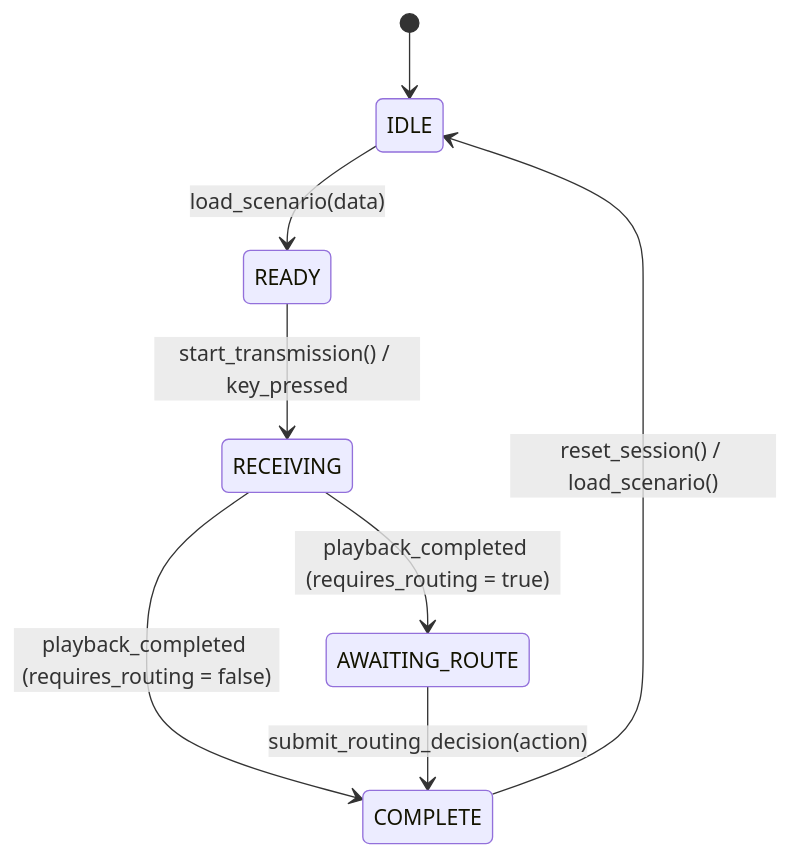
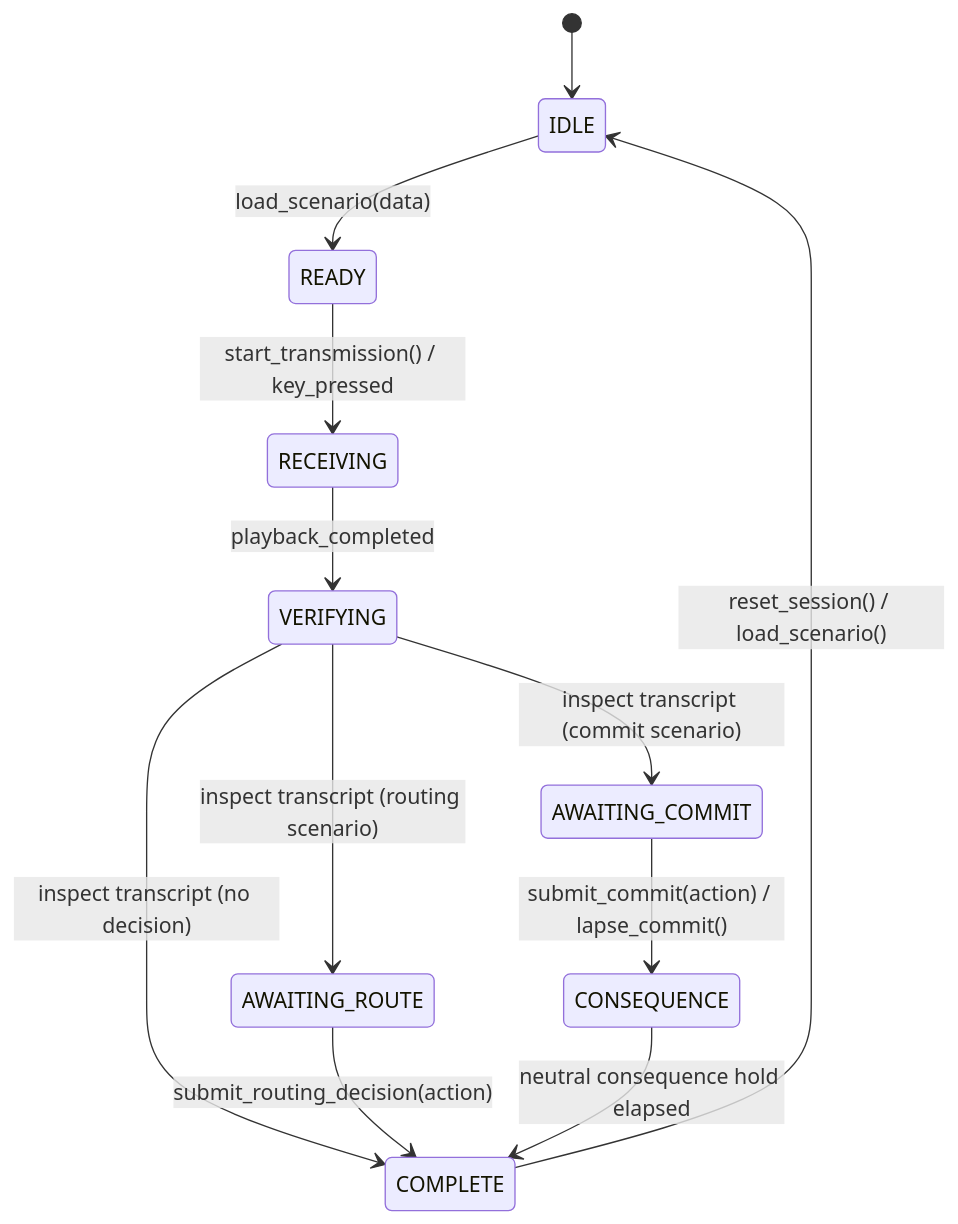
The diagram in docs/architecture/m1_telegraph_session_state_machine.md (JosephIsrafilov/dead-wire), drawn with Mermaid before and after one commit. The commit also changed other lines of this file and 66 other files, not shown here.

````diff
--- a/docs/architecture/m1_telegraph_session_state_machine.md
+++ b/docs/architecture/m1_telegraph_session_state_machine.md
@@ -17,10 +17,14 @@
 ```mermaid
 stateDiagram-v2
     [*] --> IDLE
     IDLE --> READY: load_scenario(data)
     READY --> RECEIVING: start_transmission() / key_pressed
-    RECEIVING --> AWAITING_ROUTE: playback_completed (requires_routing = true)
-    RECEIVING --> COMPLETE: playback_completed (requires_routing = false)
+    RECEIVING --> VERIFYING: playback_completed
+    VERIFYING --> AWAITING_ROUTE: inspect transcript (routing scenario)
+    VERIFYING --> AWAITING_COMMIT: inspect transcript (commit scenario)
+    VERIFYING --> COMPLETE: inspect transcript (no decision)
     AWAITING_ROUTE --> COMPLETE: submit_routing_decision(action)
+    AWAITING_COMMIT --> CONSEQUENCE: submit_commit(action) / lapse_commit()
+    CONSEQUENCE --> COMPLETE: neutral consequence hold elapsed
     COMPLETE --> IDLE: reset_session() / load_scenario()
 ```
````
